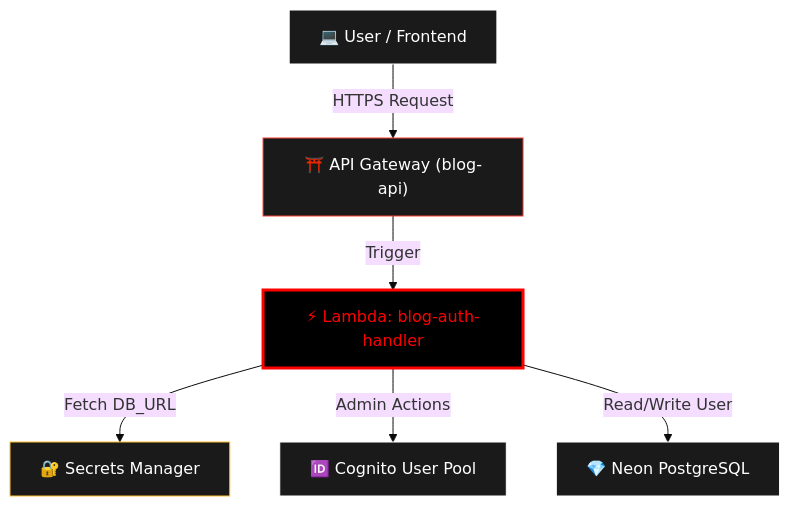
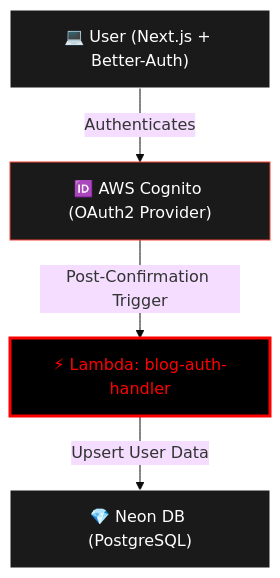
Before and after one commit to capistran-lab/blog-auth-handler: the diagram in readme.md, drawn with Mermaid (base theme). The commit also changed other lines of this file, not shown here.

````diff
--- a/readme.md
+++ b/readme.md
@@ -9,27 +9,19 @@
 ```mermaid
 graph TD
-    %% Definición de Nodos
-    User["💻 User / Frontend"]
-    GW["⛩️ API Gateway (blog-api)"]
+    %% Nodos
+    User["💻 User (Next.js + Better-Auth)"]
+    Cog["🆔 AWS Cognito (OAuth2 Provider)"]
     L["⚡ Lambda: blog-auth-handler"]
-    Cog["🆔 Cognito User Pool"]
-    DB["💎 Neon PostgreSQL"]
-    Sec["🔐 Secrets Manager"]
+    DB["💎 Neon DB (PostgreSQL)"]
 
-    %% Flujo de Llamada
-    User -- "HTTPS Request" --> GW
-    GW -- "Trigger" --> L
+    %% Flujo
+    User -- "Authenticates" --> Cog
+    Cog -- "Post-Confirmation Trigger" --> L
+    L -- "Upsert User Data" --> DB
 
-    %% Acciones de la Lambda
-    L -- "Fetch DB_URL" --> Sec
-    L -- "Admin Actions" --> Cog
-    L -- "Read/Write User" --> DB
-
-    %% Estilos (Corregidos para evitar Parse Error)
+    %% Estilos
     style L fill:#000,stroke:#ff0000,stroke-width:3px,color:#ff0000
-    style GW fill:#1a1a1a,stroke:#f44336,stroke-width:1px,color:#ffffff
-    style Cog fill:#1a1a1a,stroke:#ffffff,stroke-width:1px,color:#ffffff
+    style Cog fill:#1a1a1a,stroke:#f44336,stroke-width:1px,color:#ffffff
     style DB fill:#1a1a1a,stroke:#ffffff,stroke-width:1px,color:#ffffff
     style User fill:#1a1a1a,stroke:#ffffff,stroke-width:1px,color:#ffffff
-    style Sec fill:#1a1a1a,stroke:#fbc02d,stroke-width:1px,color:#ffffff
 ```
````
